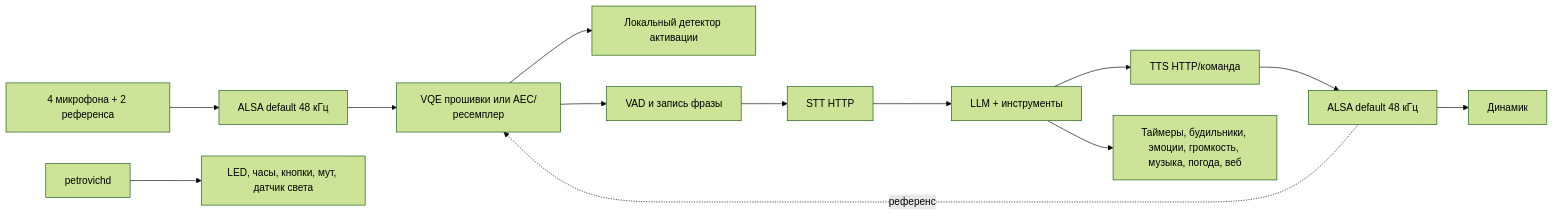
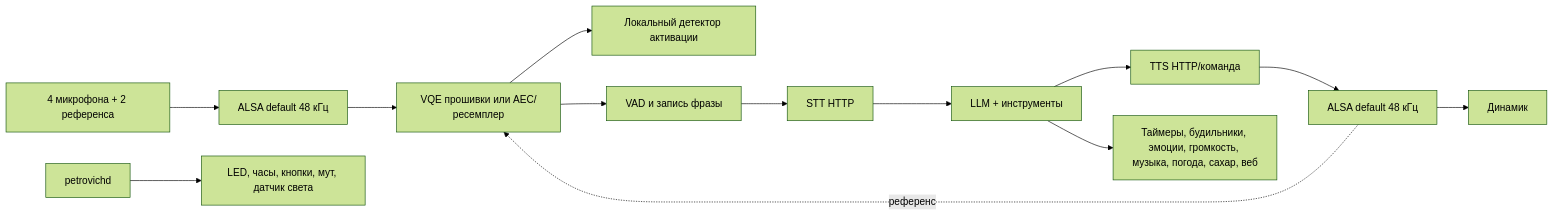
The diagram in README.md (makriq-fun/petrovich-assistant), drawn with Mermaid (forest theme) before and after one commit. The commit also changed other lines of this file and 17 other files, not shown here.

First line of the commit message:
feat(tools): сахар из Nightscout

````diff
--- a/README.md
+++ b/README.md
@@ -70,15 +71,15 @@
 ```mermaid
 flowchart LR
     Mic[4 микрофона + 2 референса] --> ALSA[ALSA default 48 кГц]
     ALSA --> VQE[VQE прошивки или AEC/ресемплер]
     VQE --> WW[Локальный детектор активации]
     VQE --> VAD[VAD и запись фразы]
     VAD --> STT[STT HTTP]
     STT --> LLM[LLM + инструменты]
     LLM --> TTS[TTS HTTP/команда]
     TTS --> Play[ALSA default 48 кГц]
     Play --> Speaker[Динамик]
     Play -. референс .-> VQE
-    LLM --> Tools[Таймеры, будильники, эмоции, громкость, музыка, погода, веб]
+    LLM --> Tools[Таймеры, будильники, эмоции, громкость, музыка, погода, сахар, веб]
     Daemon[petrovichd] --> HW[LED, часы, кнопки, мут, датчик света]
 ```
````
